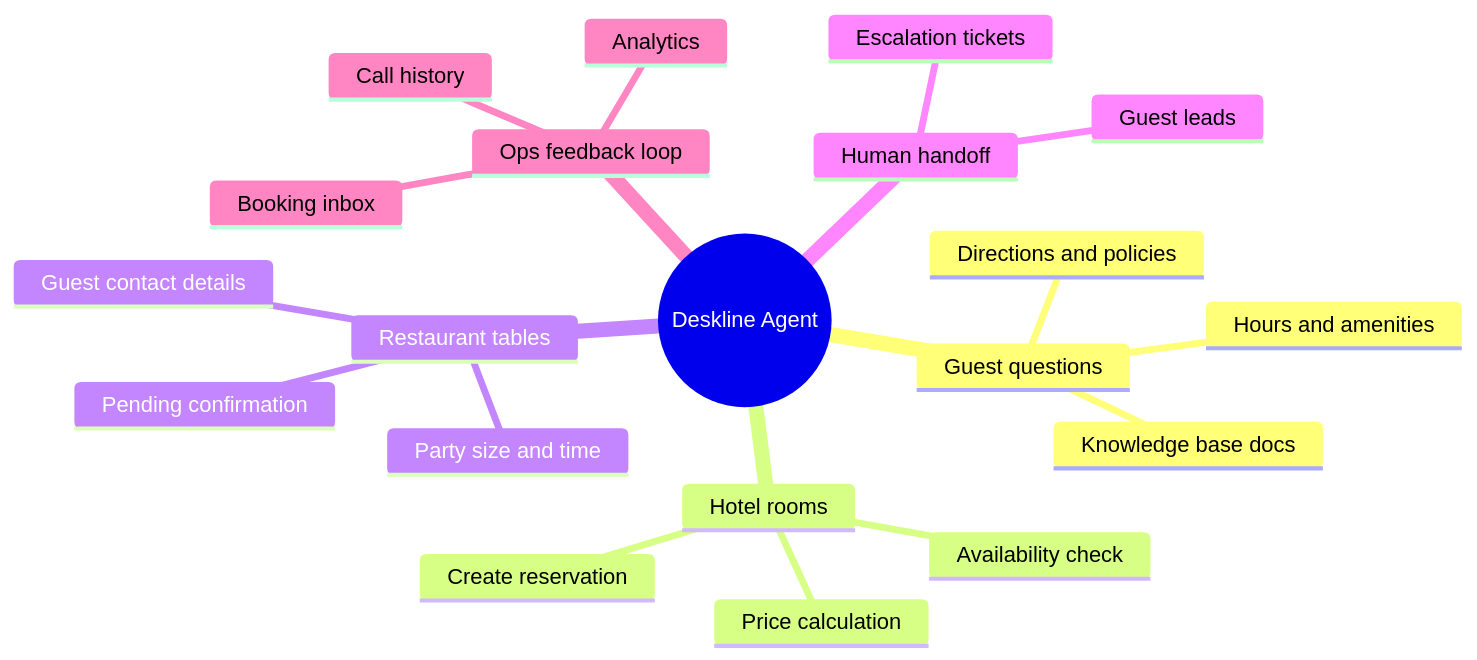
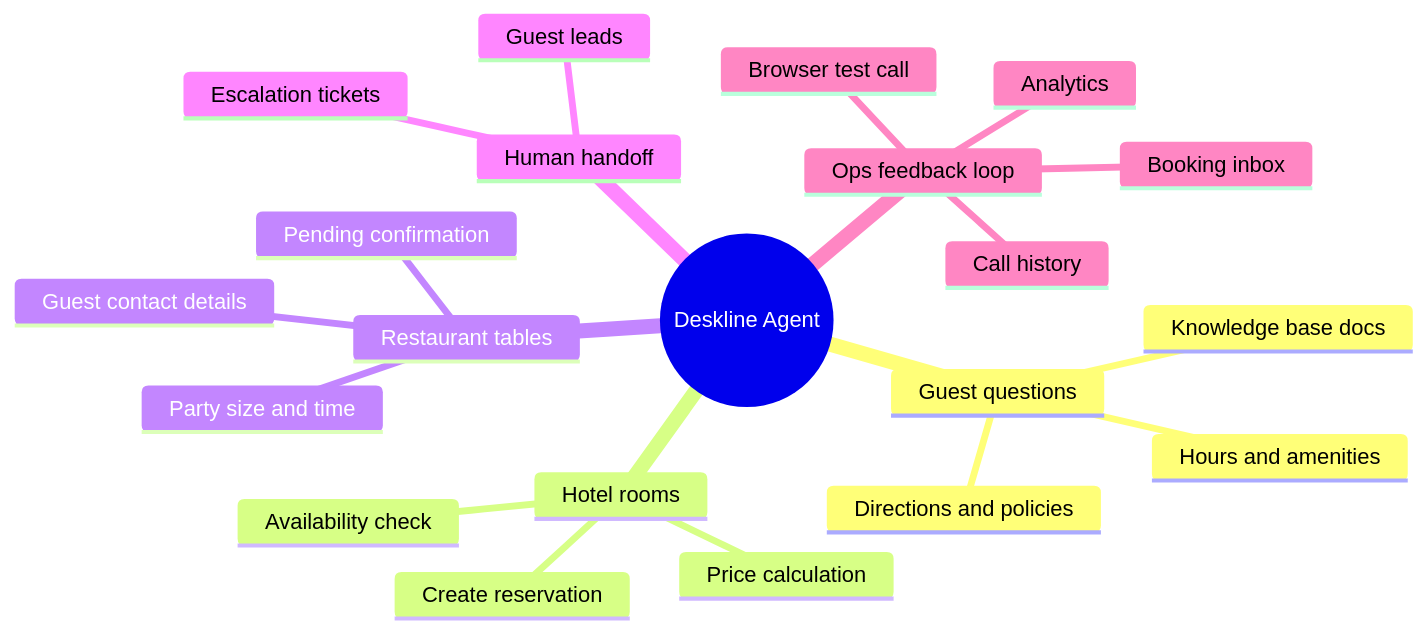
Before and after one commit to karan-chandel-asc/ai-voice-agent-platform: the fourth of 4 diagrams in README.md, drawn with Mermaid. The commit also changed other lines of this file and 24 other files, not shown here.

````diff
--- a/README.md
+++ b/README.md
@@ -200,23 +209,24 @@
 ```mermaid
 mindmap
   root((Deskline Agent))
     Guest questions
       Hours and amenities
       Directions and policies
       Knowledge base docs
     Hotel rooms
       Availability check
       Price calculation
       Create reservation
     Restaurant tables
       Party size and time
       Guest contact details
       Pending confirmation
     Human handoff
       Escalation tickets
       Guest leads
     Ops feedback loop
       Call history
       Analytics
       Booking inbox
+      Browser test call
 ```
````
